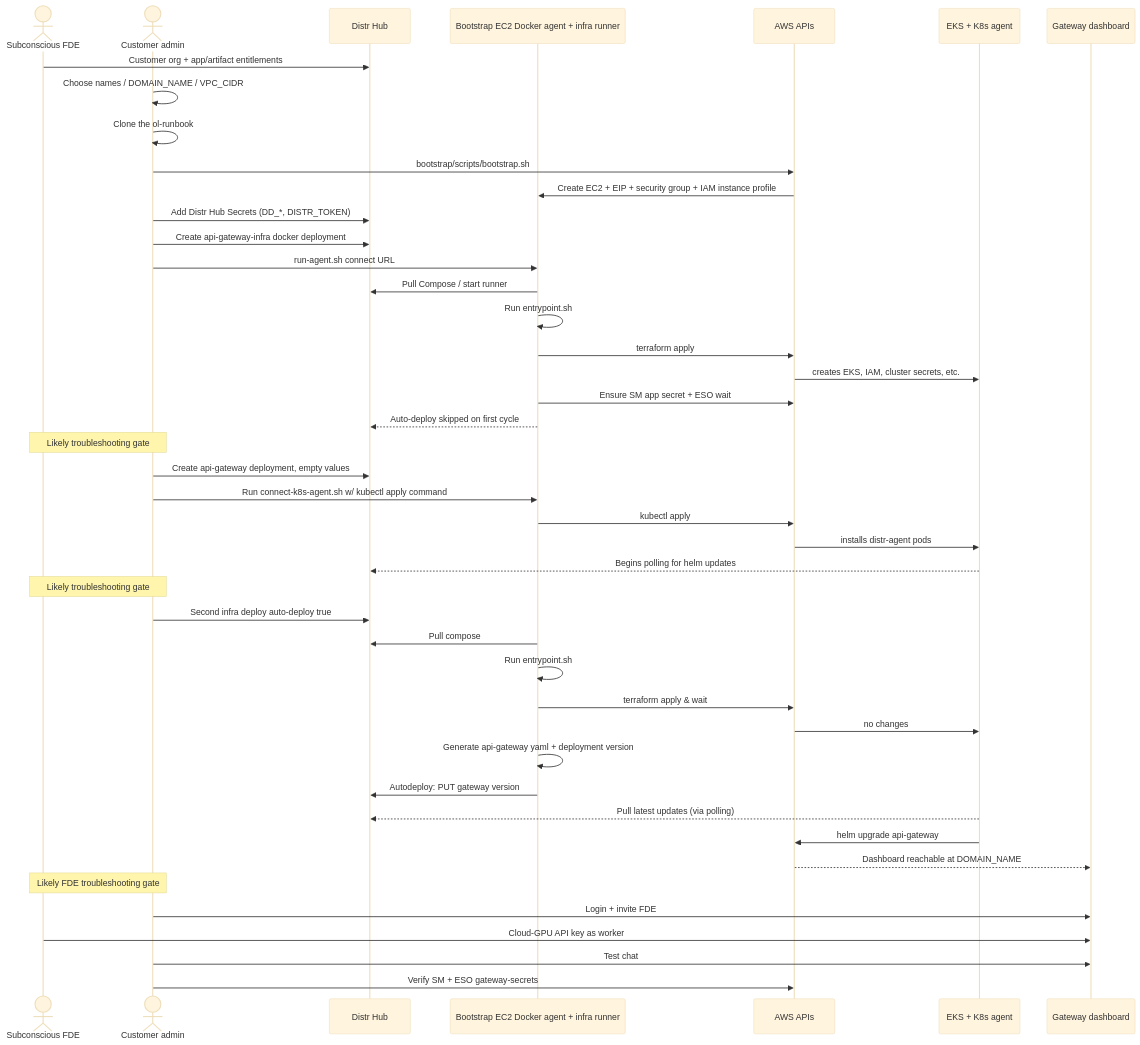
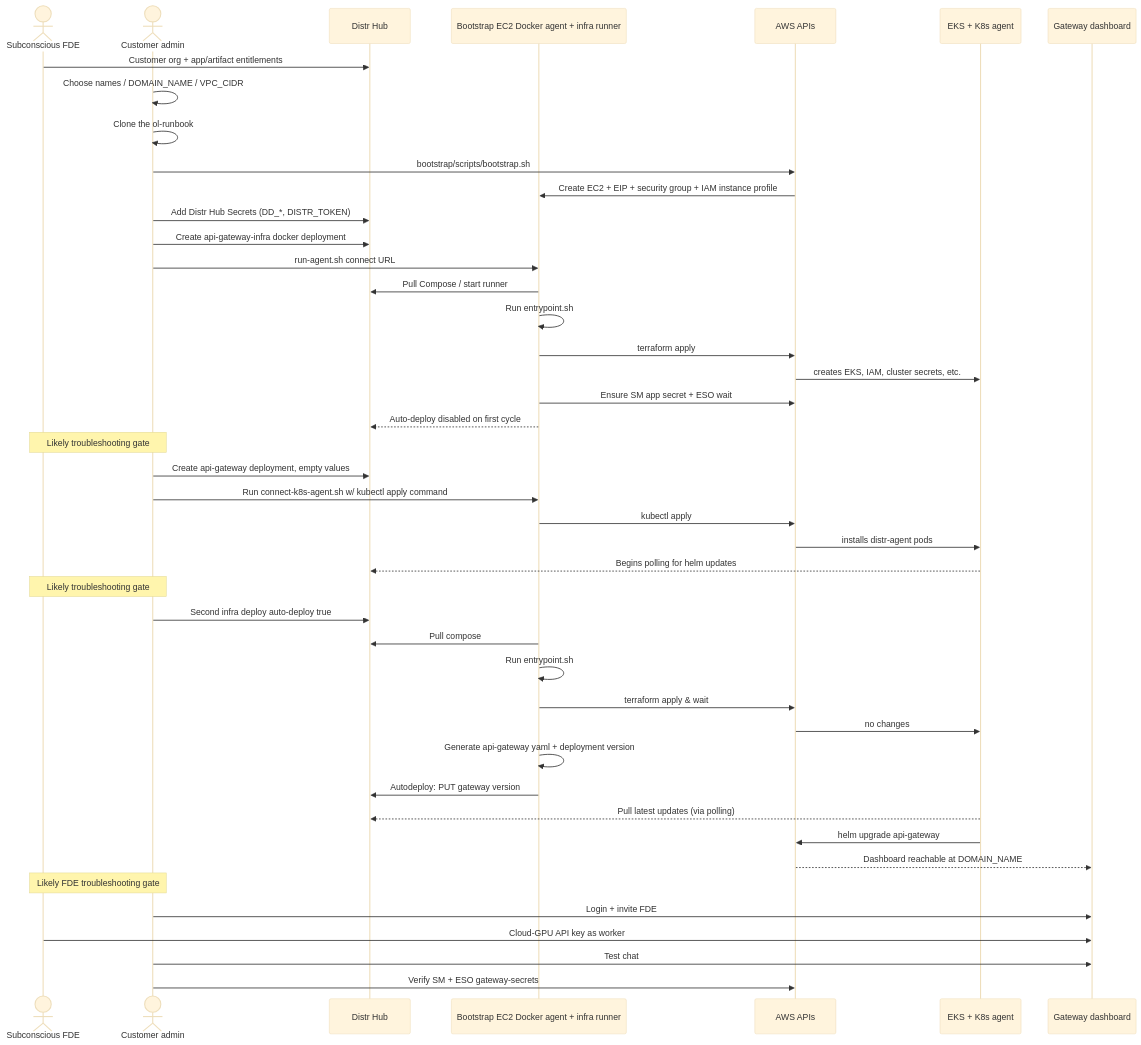
Before and after one commit to subconscious-systems/ol-runbook: the diagram in api-gateway/aws/instructions.md, drawn with Mermaid (base theme). The commit also changed other lines of this file and 13 other files, not shown here.

````diff
--- a/api-gateway/aws/instructions.md
+++ b/api-gateway/aws/instructions.md
@@ -11,54 +13,54 @@
 ```mermaid
 sequenceDiagram
   actor FDE as Subconscious FDE
   actor Admin as Customer admin
   participant Distr as Distr Hub
   participant Host as Bootstrap EC2 Docker agent + infra runner
   participant AWS as AWS APIs
   participant EKS as EKS + K8s agent
   participant Dash as Gateway dashboard
 
   FDE->>Distr: Customer org + app/artifact entitlements
 
   Admin->>Admin: Choose names / DOMAIN_NAME / VPC_CIDR
   Admin->>Admin: Clone the ol-runbook
   Admin->>AWS: bootstrap/scripts/bootstrap.sh
   AWS->>Host: Create EC2 + EIP + security group + IAM instance profile
   Admin->>Distr: Add Distr Hub Secrets (DD_*, DISTR_TOKEN)
   Admin->>Distr: Create api-gateway-infra docker deployment
   Admin->>Host: run-agent.sh connect URL
   Host->>Distr: Pull Compose / start runner
   Host->>Host: Run entrypoint.sh
 
   Host->>AWS: terraform apply
   AWS->>EKS: creates EKS, IAM, cluster secrets, etc.
   Host->>AWS: Ensure SM app secret + ESO wait
-  Host-->>Distr: Auto-deploy skipped on first cycle
+  Host-->>Distr: Auto-deploy disabled on first cycle
 
   Note over Admin,FDE: Likely troubleshooting gate
 
   Admin->>Distr: Create api-gateway deployment, empty values
   Admin->>Host: Run connect-k8s-agent.sh w/ kubectl apply command
   Host->>AWS: kubectl apply
   AWS->>EKS: installs distr-agent pods
   EKS-->>Distr: Begins polling for helm updates
 
   Note over Admin,FDE: Likely troubleshooting gate
 
   Admin->>Distr: Second infra deploy auto-deploy true
   Host->>Distr: Pull compose
   Host->>Host: Run entrypoint.sh
   Host->>AWS: terraform apply & wait
   AWS->>EKS: no changes
   Host->>Host: Generate api-gateway yaml + deployment version
   Host->>Distr: Autodeploy: PUT gateway version
   EKS-->>Distr: Pull latest updates (via polling)
   EKS->>AWS: helm upgrade api-gateway
   AWS-->>Dash: Dashboard reachable at DOMAIN_NAME
   Note over Admin,FDE: Likely FDE troubleshooting gate
 
   Admin->>Dash: Login + invite FDE
   FDE->>Dash: Cloud-GPU API key as worker
   Admin->>Dash: Test chat
   Admin->>AWS: Verify SM + ESO gateway-secrets
 ```
````
